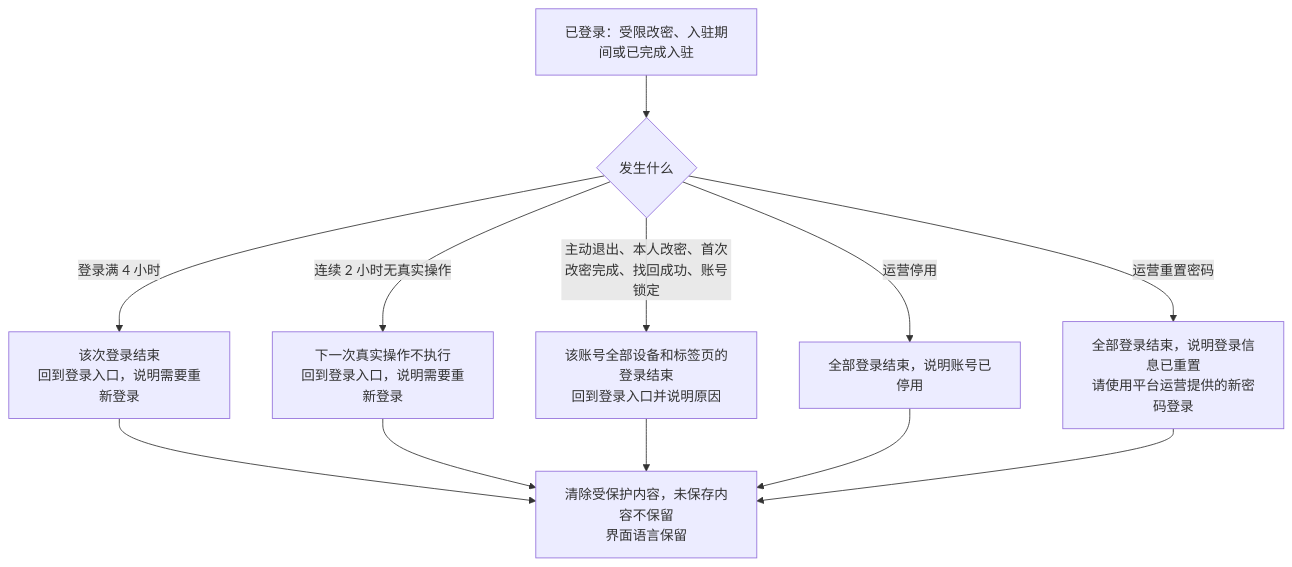
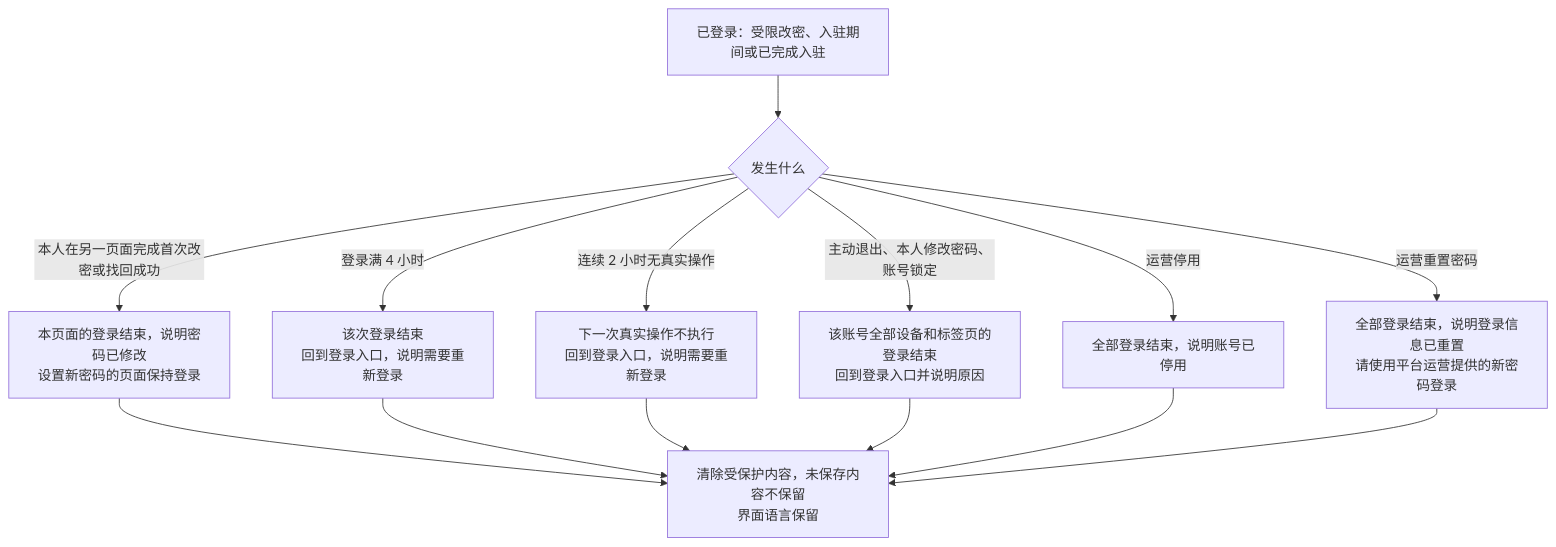
Before and after one commit to wxblockchain/Chain-Financing: the sixth of 11 diagrams in asset-trust-platform/PRD/企业端/M1-企业登录与首次入驻/02-企业登录与首次入驻-流程图与状态机.md, drawn with Mermaid. The commit also changed other lines of this file and 4 other files, not shown here.

````diff
--- a/asset-trust-platform/PRD/企业端/M1-企业登录与首次入驻/02-企业登录与首次入驻-流程图与状态机.md
+++ b/asset-trust-platform/PRD/企业端/M1-企业登录与首次入驻/02-企业登录与首次入驻-流程图与状态机.md
@@ -176,14 +184,16 @@
 ```mermaid
 flowchart TD
     A[已登录：受限改密、入驻期间或已完成入驻] --> B{发生什么}
     B -->|登录满 4 小时| E[该次登录结束<br/>回到登录入口，说明需要重新登录]
     B -->|连续 2 小时无真实操作| F[下一次真实操作不执行<br/>回到登录入口，说明需要重新登录]
-    B -->|主动退出、本人改密、首次改密完成、找回成功、账号锁定| G[该账号全部设备和标签页的登录结束<br/>回到登录入口并说明原因]
+    B -->|主动退出、本人修改密码、账号锁定| G[该账号全部设备和标签页的登录结束<br/>回到登录入口并说明原因]
+    B -->|本人在另一页面完成首次改密或找回成功| G2[本页面的登录结束，说明密码已修改<br/>设置新密码的页面保持登录]
+    G2 --> Z
     B -->|运营停用| H[全部登录结束，说明账号已停用]
     B -->|运营重置密码| I[全部登录结束，说明登录信息已重置<br/>请使用平台运营提供的新密码登录]
     E --> Z[清除受保护内容，未保存内容不保留<br/>界面语言保留]
     F --> Z
     G --> Z
     H --> Z
     I --> Z
 ```
````
